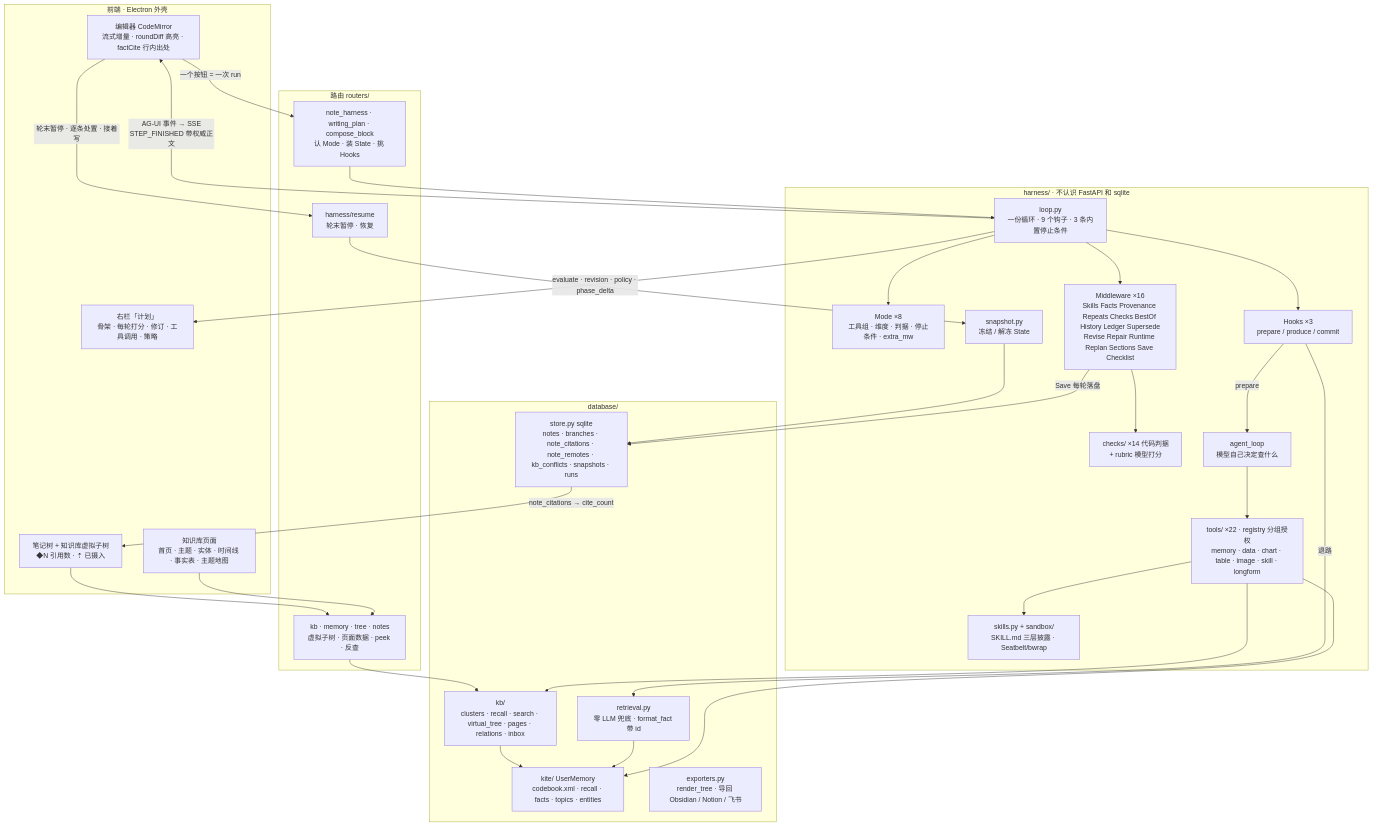
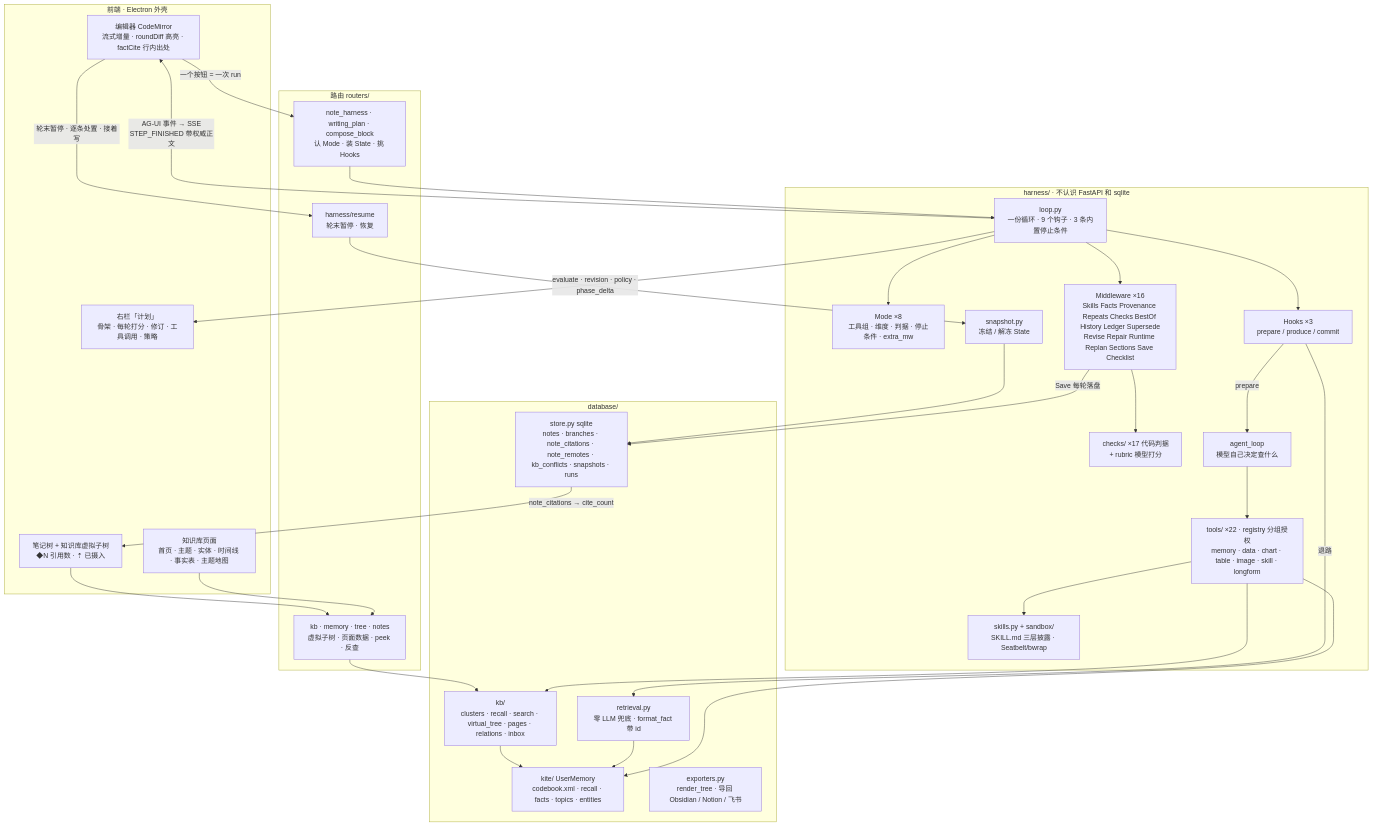
The diagram in docs/harness-framework.md (huilongbaba/MEMOKET_NOTE), drawn with Mermaid before and after one commit. The commit also changed other lines of this file and 24 other files, not shown here.

````diff
--- a/docs/harness-framework.md
+++ b/docs/harness-framework.md
@@ -41,60 +41,60 @@
 ```mermaid
 flowchart TB
   subgraph UI["前端 · Electron 外壳"]
     ED["编辑器 CodeMirror<br/>流式增量 · roundDiff 高亮 · factCite 行内出处"]
     PLAN["右栏「计划」<br/>骨架 · 每轮打分 · 修订 · 工具调用 · 策略"]
     TREE["笔记树 + 知识库虚拟子树<br/>◆N 引用数 · ⇡ 已摄入"]
     KBP["知识库页面<br/>首页 · 主题 · 实体 · 时间线 · 事实表 · 主题地图"]
   end
 
   subgraph API["路由 routers/"]
     NH["note_harness · writing_plan · compose_block<br/>认 Mode · 装 State · 挑 Hooks"]
     RS["harness/resume<br/>轮末暂停 · 恢复"]
     KBR["kb · memory · tree · notes<br/>虚拟子树 · 页面数据 · peek · 反查"]
   end
 
   subgraph H["harness/ · 不认识 FastAPI 和 sqlite"]
     LOOP["loop.py<br/>一份循环 · 9 个钩子 · 3 条内置停止条件"]
     MODE["Mode ×8<br/>工具组 · 维度 · 判据 · 停止条件 · extra_mw"]
     HOOKS["Hooks ×3<br/>prepare / produce / commit"]
     MW["Middleware ×16<br/>Skills Facts Provenance Repeats Checks BestOf History Ledger Supersede<br/>Revise Repair Runtime Replan Sections Save Checklist"]
-    CHK["checks/ ×14 代码判据<br/>+ rubric 模型打分"]
+    CHK["checks/ ×17 代码判据<br/>+ rubric 模型打分"]
     TOOLS["tools/ ×22 · registry 分组授权<br/>memory · data · chart · table · image · skill · longform"]
     AL["agent_loop<br/>模型自己决定查什么"]
     SK["skills.py + sandbox/<br/>SKILL.md 三层披露 · Seatbelt/bwrap"]
     SNAP["snapshot.py<br/>冻结 / 解冻 State"]
   end
 
   subgraph DB["database/"]
     STORE["store.py sqlite<br/>notes · branches · note_citations · note_remotes · kb_conflicts · snapshots · runs"]
     KITE["kite/ UserMemory<br/>codebook.xml · recall · facts · topics · entities"]
     KB["kb/<br/>clusters · recall · search · virtual_tree · pages · relations · inbox"]
     EXP["exporters.py<br/>render_tree · 导回 Obsidian / Notion / 飞书"]
     RET["retrieval.py<br/>零 LLM 兜底 · format_fact 带 id"]
   end
 
   ED -- "一个按钮 = 一次 run" --> NH
   NH --> LOOP
   LOOP --> MODE
   LOOP --> HOOKS
   LOOP --> MW
   MW --> CHK
   HOOKS -- prepare --> AL
   AL --> TOOLS
   TOOLS --> KITE
   TOOLS --> KB
   TOOLS --> SK
   HOOKS -- 退路 --> RET
   RET --> KITE
   MW -- Save 每轮落盘 --> STORE
   SNAP --> STORE
   RS --> SNAP
   LOOP -- "AG-UI 事件 → SSE<br/>STEP_FINISHED 带权威正文" --> ED
   LOOP -- "evaluate · revision · policy · phase_delta" --> PLAN
   STORE -- "note_citations → cite_count" --> TREE
   KBR --> KB
   KB --> KITE
   KBP --> KBR
   TREE --> KBR
   ED -- "轮末暂停 · 逐条处置 · 接着写" --> RS
 ```
````
